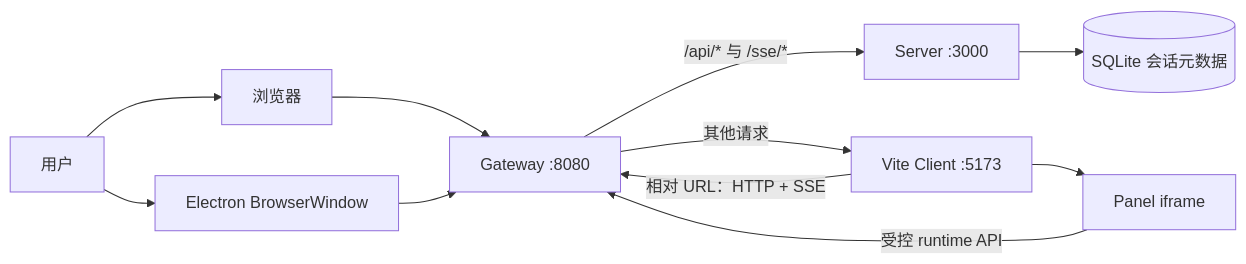
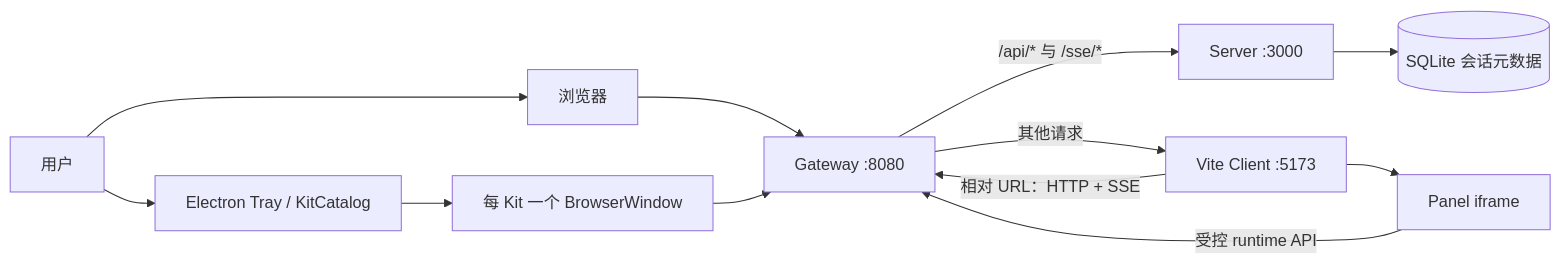
Before and after one commit to itharbors/harbors: the first of 2 diagrams in docs/architecture/system-overview.md, drawn with Mermaid. The commit also changed other lines of this file and 102 other files, not shown here.

First line of the commit message:
[Feature] 支持 Electron 多 Kit 工作台 (#7)

````diff
--- a/docs/architecture/system-overview.md
+++ b/docs/architecture/system-overview.md
@@ -8,22 +9,24 @@
 ```mermaid
 flowchart LR
     User["用户"]
     Browser["浏览器"]
-    Electron["Electron BrowserWindow"]
+    Tray["Electron Tray / KitCatalog"]
+    Electron["每 Kit 一个 BrowserWindow"]
     Gateway["Gateway :8080"]
     Server["Server :3000"]
     Client["Vite Client :5173"]
     DB[("SQLite 会话元数据")]
     Panel["Panel iframe"]
 
     User --> Browser
-    User --> Electron
+    User --> Tray
+    Tray --> Electron
     Browser --> Gateway
     Electron --> Gateway
     Gateway -- "/api/* 与 /sse/*" --> Server
     Gateway -- "其他请求" --> Client
     Server --> DB
     Client --> Panel
     Client -- "相对 URL：HTTP + SSE" --> Gateway
     Panel -- "受控 runtime API" --> Gateway
 ```
````
